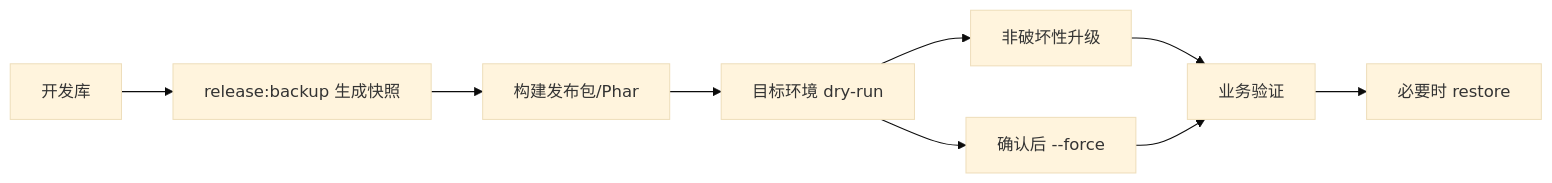
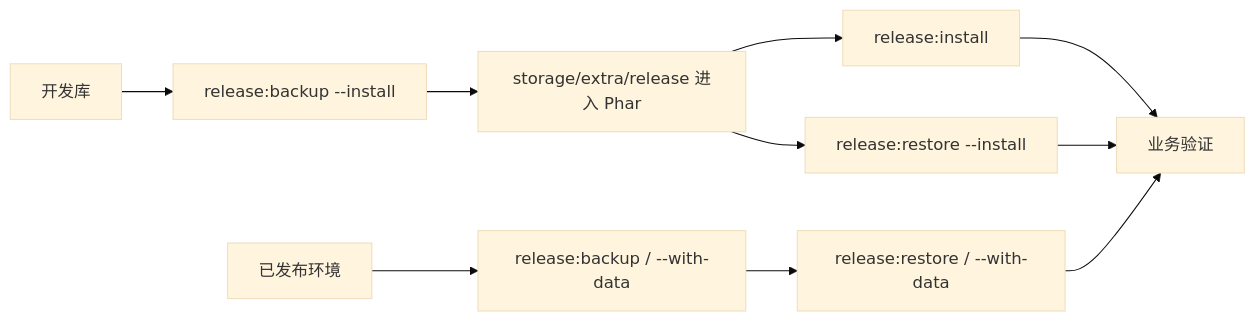
Before and after one commit to zoujingli/SmartAdmin: the diagram in docs/部署运维/发布升级.md, drawn with Mermaid (base theme). The commit also changed other lines of this file and 329 other files, not shown here.

````diff
--- a/docs/部署运维/发布升级.md
+++ b/docs/部署运维/发布升级.md
@@ -5,11 +5,12 @@
 ```mermaid
 flowchart LR
-  Dev["开发库"] --> Backup["release:backup 生成快照"]
-  Backup --> Package["构建发布包/Phar"]
-  Package --> DryRun["目标环境 dry-run"]
-  DryRun --> Upgrade["非破坏性升级"]
-  DryRun --> Force["确认后 --force"]
-  Upgrade --> Verify["业务验证"]
-  Force --> Verify
-  Verify --> Restore["必要时 restore"]
+  Dev["开发库"] --> InstallBackup["release:backup --install"]
+  InstallBackup --> Package["storage/extra/release 进入 Phar"]
+  Package --> Install["release:install"]
+  Package --> RestoreInstall["release:restore --install"]
+  Runtime["已发布环境"] --> RuntimeBackup["release:backup / --with-data"]
+  RuntimeBackup --> RuntimeRestore["release:restore / --with-data"]
+  Install --> Verify["业务验证"]
+  RestoreInstall --> Verify
+  RuntimeRestore --> Verify
 ```
````
